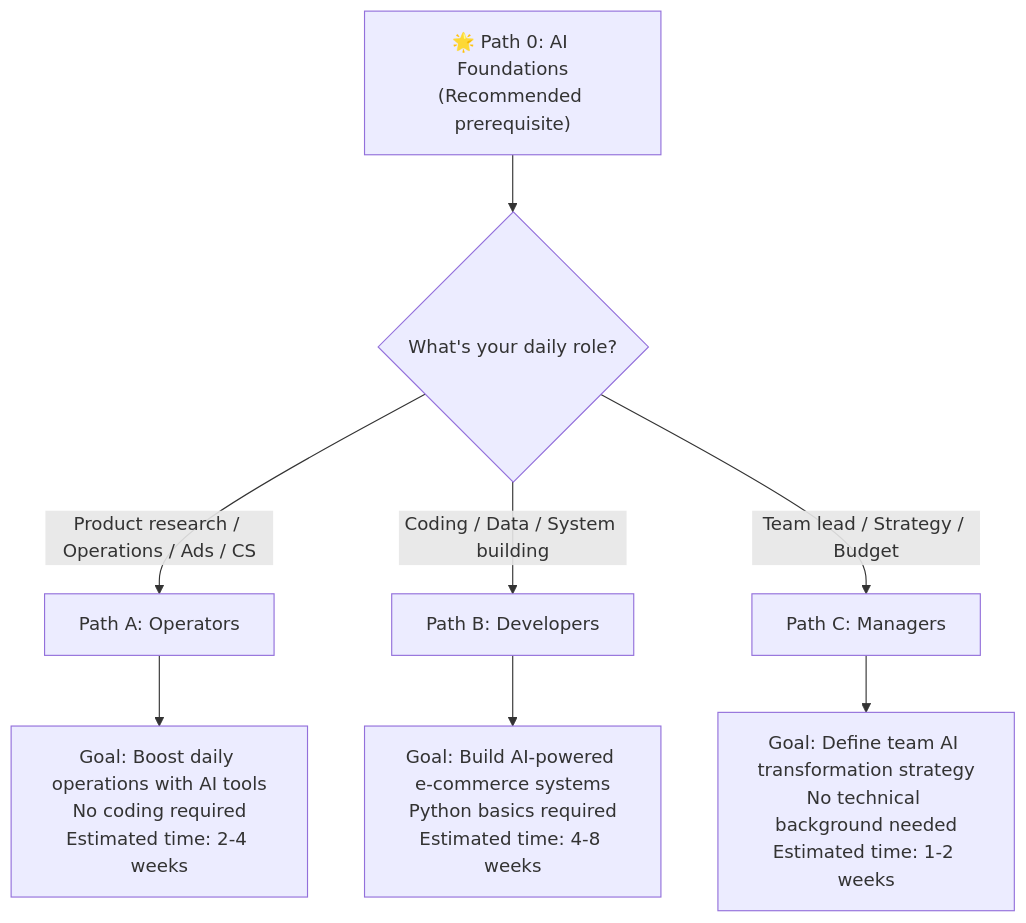
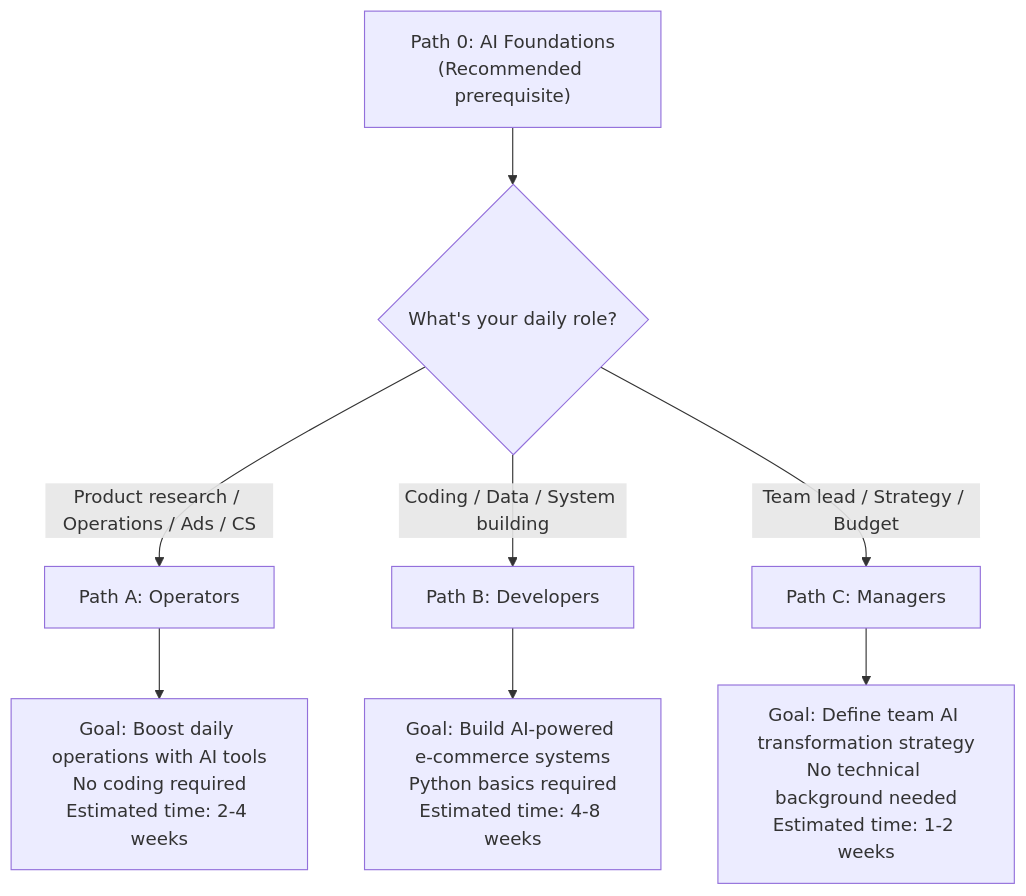
The first of 2 diagrams in en/README.md (kangise/ecommerce-ai-roadmap), drawn with Mermaid before and after one commit. The commit also changed other lines of this file and 185 other files, not shown here.

````diff
--- a/en/README.md
+++ b/en/README.md
@@ -145,13 +145,13 @@
 ```mermaid
 flowchart TD
-    P0["🌟 Path 0: AI Foundations<br/>(Recommended prerequisite)"] --> Q1
-    Q1{"What's your daily role?"}
-    
-    Q1 -->|"Product research / Operations / Ads / CS"| A["Path A: Operators"]
-    Q1 -->|"Coding / Data / System building"| B["Path B: Developers"]
-    Q1 -->|"Team lead / Strategy / Budget"| C["Path C: Managers"]
-    
-    A --> A_DESC["Goal: Boost daily operations with AI tools\nNo coding required\nEstimated time: 2-4 weeks"]
-    B --> B_DESC["Goal: Build AI-powered e-commerce systems\nPython basics required\nEstimated time: 4-8 weeks"]
-    C --> C_DESC["Goal: Define team AI transformation strategy\nNo technical background needed\nEstimated time: 1-2 weeks"]
+P0[" Path 0: AI Foundations<br/>(Recommended prerequisite)"] --> Q1
+Q1{"What's your daily role?"}
+
+Q1 -->|"Product research / Operations / Ads / CS"| A["Path A: Operators"]
+Q1 -->|"Coding / Data / System building"| B["Path B: Developers"]
+Q1 -->|"Team lead / Strategy / Budget"| C["Path C: Managers"]
+
+A --> A_DESC["Goal: Boost daily operations with AI tools\nNo coding required\nEstimated time: 2-4 weeks"]
+B --> B_DESC["Goal: Build AI-powered e-commerce systems\nPython basics required\nEstimated time: 4-8 weeks"]
+C --> C_DESC["Goal: Define team AI transformation strategy\nNo technical background needed\nEstimated time: 1-2 weeks"]
 ```
````
